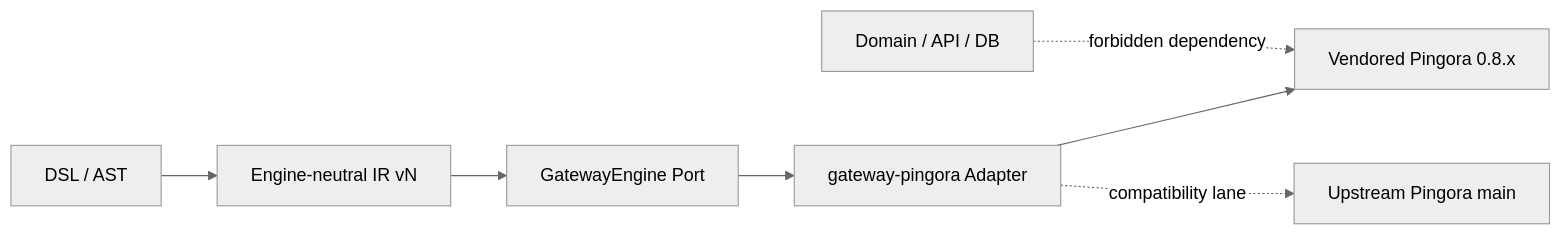
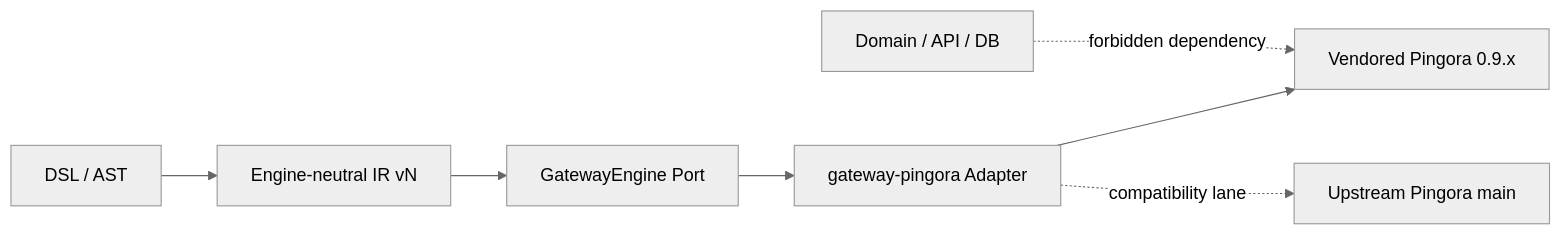
One commit to eltavine/pingora-panel changed the third of 8 diagrams in PRODUCT_SPEC.md. Above: the diagram before and after it, drawn with Mermaid (neutral theme). The commit also changed other lines of this file and 47 other files, not shown here.

````diff
--- a/PRODUCT_SPEC.md
+++ b/PRODUCT_SPEC.md
@@ -285,9 +285,9 @@
 ```mermaid
 flowchart LR
     DSL[DSL / AST] --> IR[Engine-neutral IR vN]
     IR --> Port[GatewayEngine Port]
     Port --> Adapter[gateway-pingora Adapter]
-    Adapter --> P1[Vendored Pingora 0.8.x]
+    Adapter --> P1[Vendored Pingora 0.9.x]
     Adapter -. compatibility lane .-> P2[Upstream Pingora main]
     Domain[Domain / API / DB] -. forbidden dependency .-> P1
 ```
````
